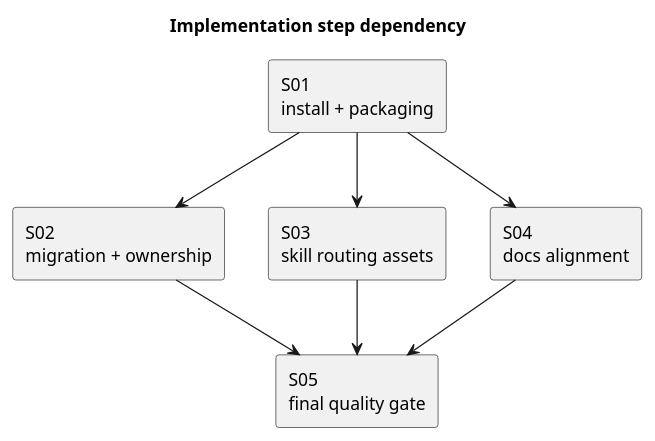
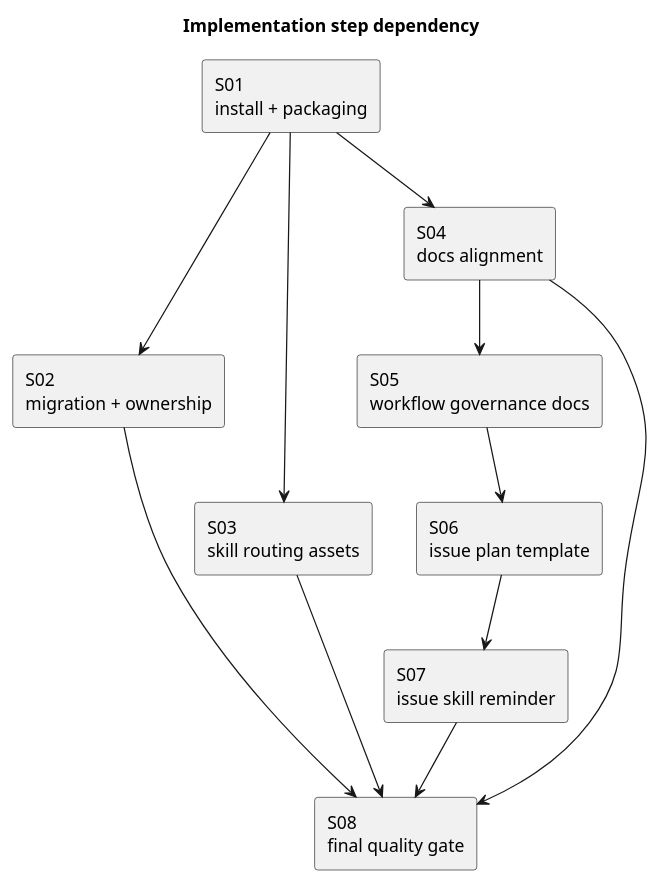
One commit to chemitaro/spec-dock changed the diagram in spec-deps/current/plan.md. Above: the diagram before and after it, drawn with PlantUML. The commit also changed other lines of this file and 6 other files, not shown here.

````diff
--- a/spec-deps/current/plan.md
+++ b/spec-deps/current/plan.md
@@ -35,19 +38,26 @@
 ```plantuml
 @startuml
 skinparam monochrome true
 title Implementation step dependency
 
 rectangle "S01\ninstall + packaging" as S01
 rectangle "S02\nmigration + ownership" as S02
 rectangle "S03\nskill routing assets" as S03
 rectangle "S04\ndocs alignment" as S04
-rectangle "S05\nfinal quality gate" as S05
+rectangle "S05\nworkflow governance docs" as S05
+rectangle "S06\nissue plan template" as S06
+rectangle "S07\nissue skill reminder" as S07
+rectangle "S08\nfinal quality gate" as S08
 
 S01 --> S02
 S01 --> S03
 S01 --> S04
-S02 --> S05
-S03 --> S05
 S04 --> S05
+S05 --> S06
+S06 --> S07
+S02 --> S08
+S03 --> S08
+S04 --> S08
+S07 --> S08
 @enduml
 ```
````
